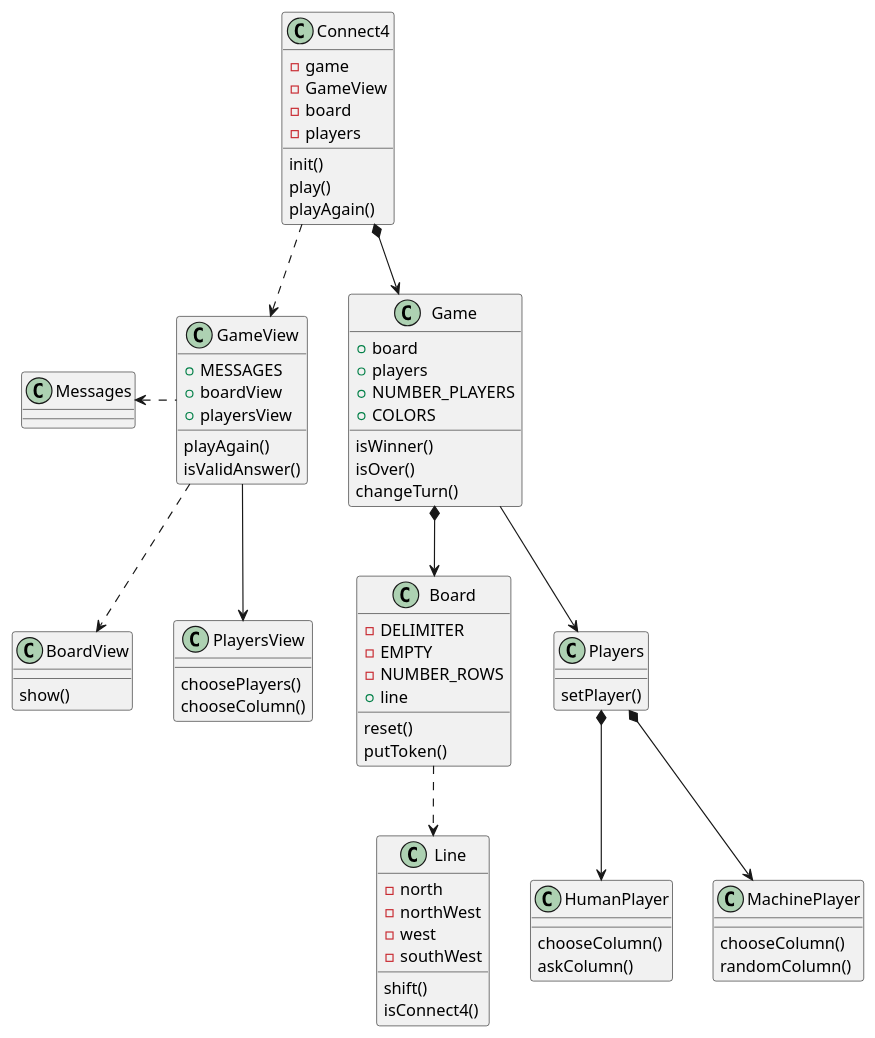
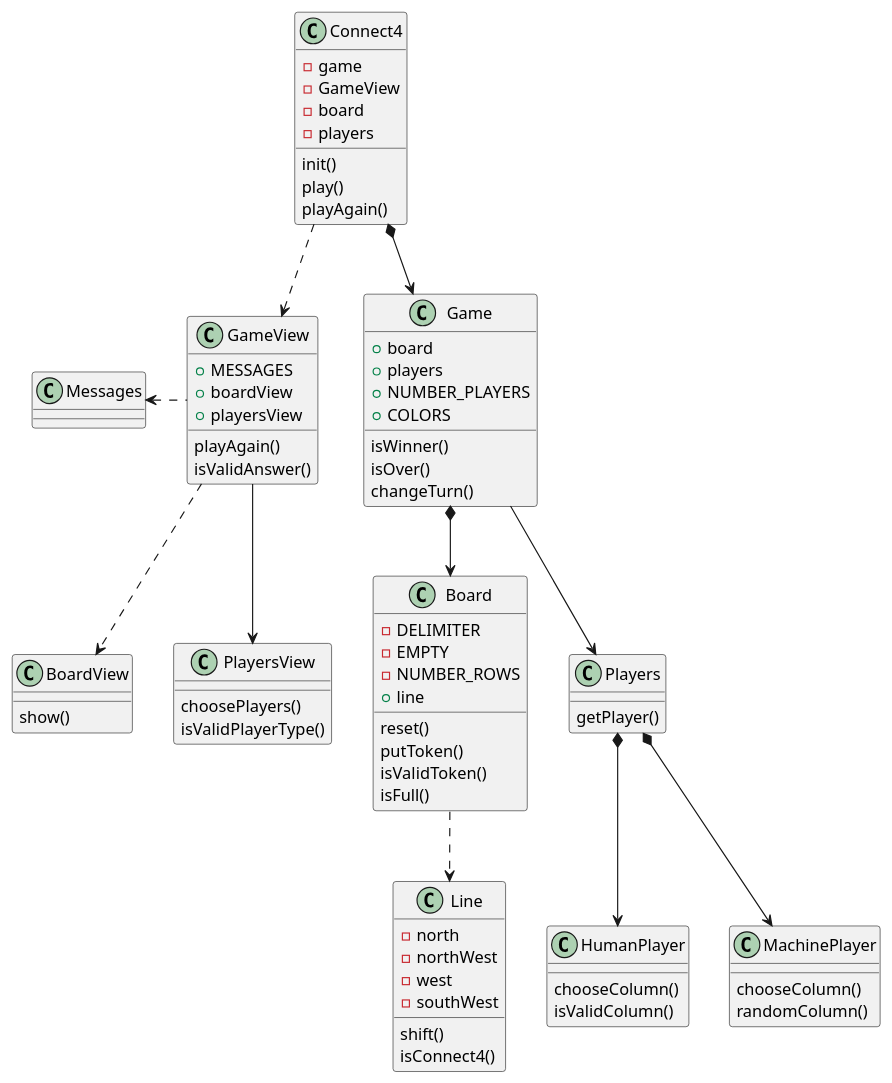
Before and after one commit to BernatQI/Master-Programacion-Diseno-Software: the diagram in Connect4/images/structure-diagrams/classes-diagram.plantuml, drawn with PlantUML. The commit also changed 1 other file, not shown here.

```diff
--- a/Connect4/images/structure-diagrams/classes-diagram.plantuml
+++ b/Connect4/images/structure-diagrams/classes-diagram.plantuml
@@ -1,82 +1,84 @@
 @startuml "Classes Diagram"
 
 class Connect4 {
   - game
   - GameView
   - board
   - players
 
   init()
   play()
   playAgain()
 }
 class Game {
   + board
   + players
   + NUMBER_PLAYERS
   + COLORS
 
   isWinner()
   isOver()
   changeTurn()
 }
 class GameView {
   + MESSAGES
   + boardView
   + playersView
 
   playAgain()
   isValidAnswer()
 }
 class Board {
   - DELIMITER
   - EMPTY
   - NUMBER_ROWS
   + line
 
   reset()
   putToken()
+  isValidToken()
+  isFull()
 }
 class BoardView {
   show()
 }
 class Line {
   - north
   - northWest
   - west
   - southWest
 
   shift()
   isConnect4()
 }
 class Players {
-  setPlayer()
+  getPlayer()
 }
 class PlayersView {
   choosePlayers()
-  chooseColumn()
+  isValidPlayerType()
 }
 class HumanPlayer {
   chooseColumn()
-  askColumn()
+  isValidColumn()
 }
 class MachinePlayer {
   chooseColumn()
   randomColumn()
 }
 class Messages {
 
 }
 
 Connect4 *--> Game
 Connect4 ..> GameView
 Game --> Players
 Game *--> Board
 GameView ..> BoardView
 GameView --> PlayersView
 Messages <. GameView
 Board ..> Line
 Players *--> HumanPlayer
 Players *--> MachinePlayer
 
 @enduml
```
